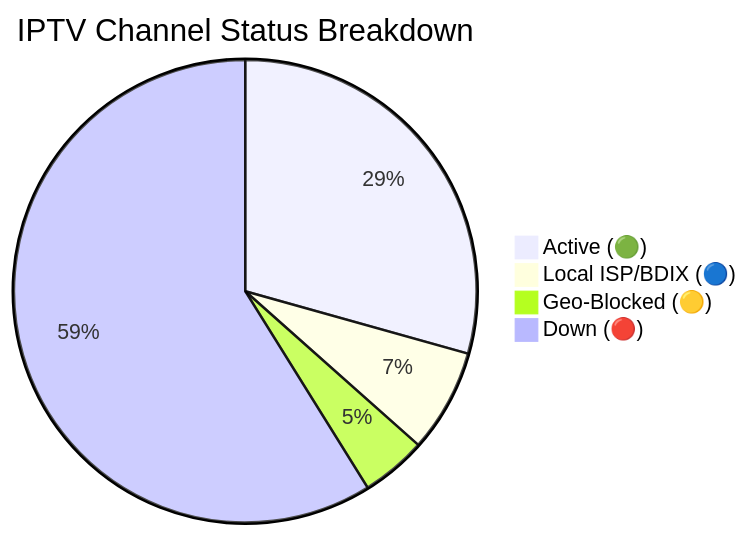
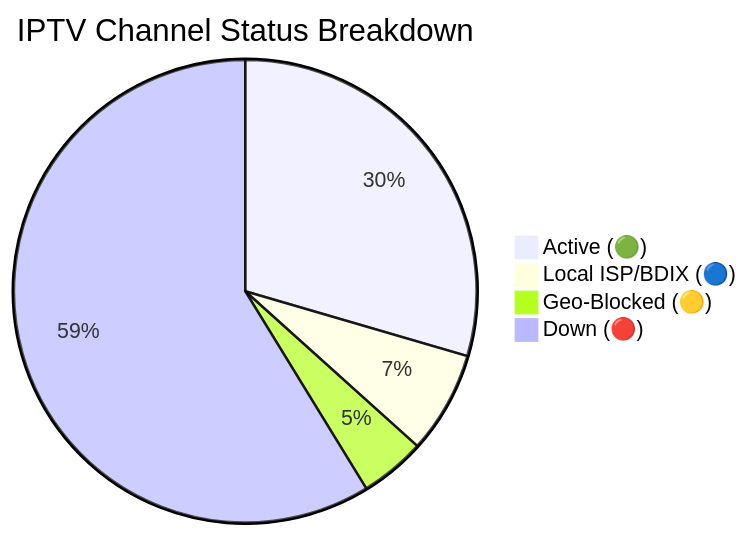
One commit to Zaman-Topu/Ip-tv-Collection changed the diagram in README.md. Above: the diagram before and after it, drawn with Mermaid. The commit also changed other lines of this file and 6 other files, not shown here.

````diff
--- a/README.md
+++ b/README.md
@@ -149,7 +149,7 @@
 ```mermaid
 pie title IPTV Channel Status Breakdown
-    "Active (🟢)" : 11018
-    "Local ISP/BDIX (🔵)" : 2709
-    "Geo-Blocked (🟡)" : 1716
-    "Down (🔴)" : 22104
+    "Active (🟢)" : 11084
+    "Local ISP/BDIX (🔵)" : 2680
+    "Geo-Blocked (🟡)" : 1719
+    "Down (🔴)" : 22063
 ```
````
